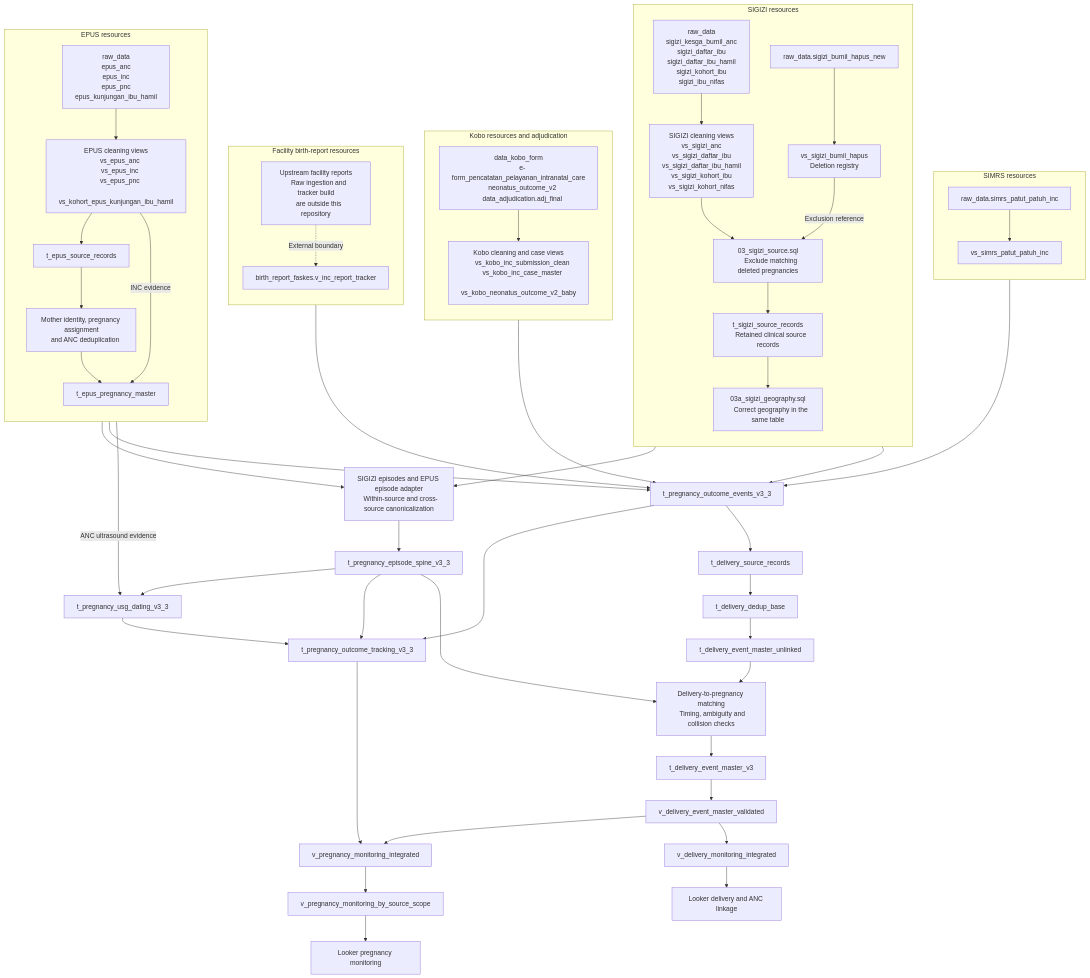
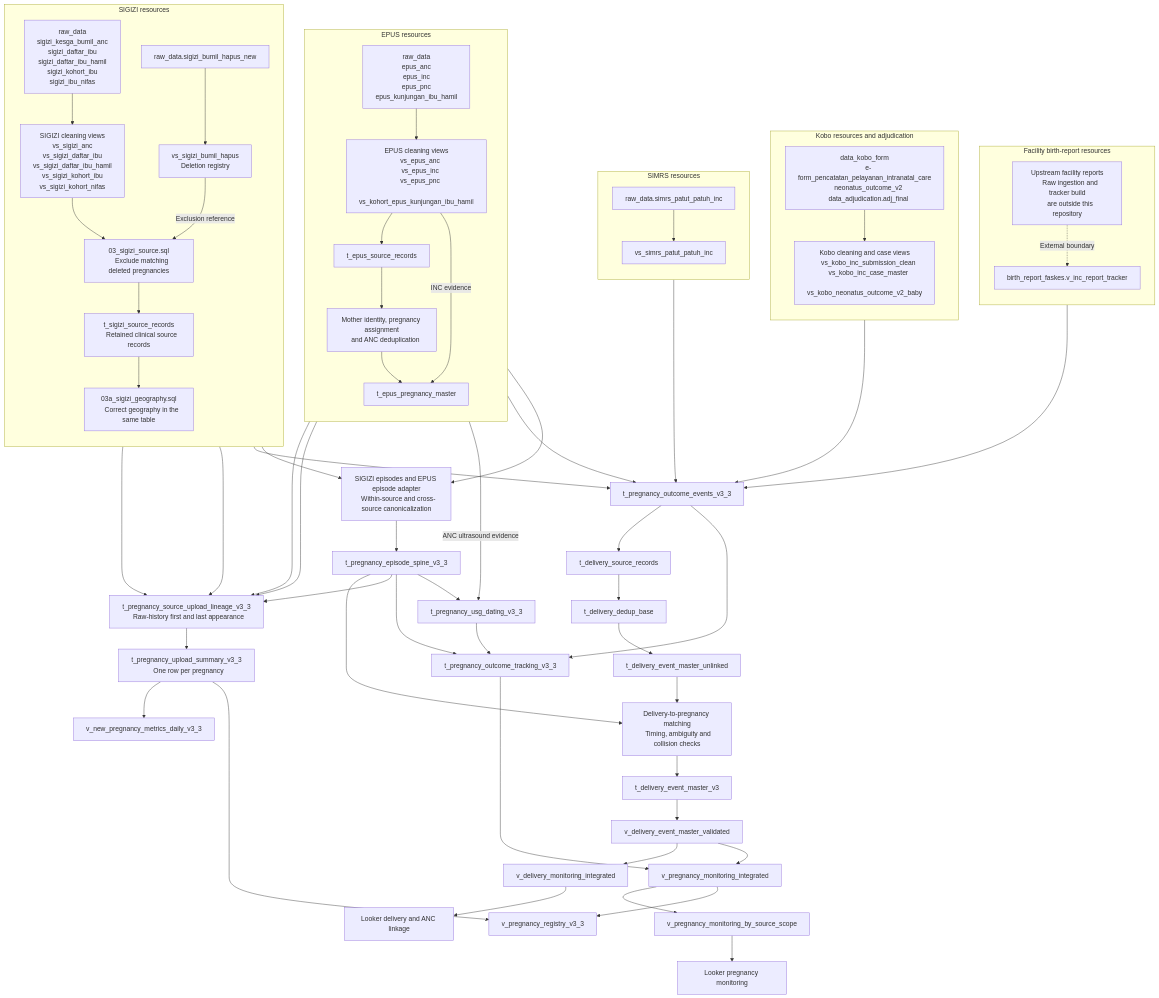
The diagram in docs/workflow.md (oucru-id/birth-outcome), drawn with Mermaid before and after one commit. The commit also changed other lines of this file and 10 other files, not shown here.

Commit message:
Add pregnancy first-seen lineage and reporting

```diff
--- a/docs/workflow.md
+++ b/docs/workflow.md
@@ -95,6 +95,14 @@
   SP --> TRACK["t_pregnancy_outcome_tracking_v3_3"]
   USG --> TRACK
   OE --> TRACK
+  SR --> LINEAGE["t_pregnancy_source_upload_lineage_v3_3
+  Raw-history first and last appearance"]
+  ER --> LINEAGE
+  SS --> LINEAGE
+  ES --> LINEAGE
+  SP --> LINEAGE
+  LINEAGE --> UPLOAD["t_pregnancy_upload_summary_v3_3
+  One row per pregnancy"]
   OE --> DS["t_delivery_source_records"]
   DS --> DB["t_delivery_dedup_base"]
   DB --> DU["t_delivery_event_master_unlinked"]
@@ -106,6 +114,9 @@
   TRACK --> PI["v_pregnancy_monitoring_integrated"]
   VALID --> PI
   VALID --> DI["v_delivery_monitoring_integrated"]
+  PI --> REGISTRY["v_pregnancy_registry_v3_3"]
+  UPLOAD --> REGISTRY
+  UPLOAD --> NEWMETRIC["v_new_pregnancy_metrics_daily_v3_3"]
   PI --> SCOPE["v_pregnancy_monitoring_by_source_scope"]
   SCOPE --> PL["Looker pregnancy monitoring"]
   DI --> DL["Looker delivery and ANC linkage"]
```
